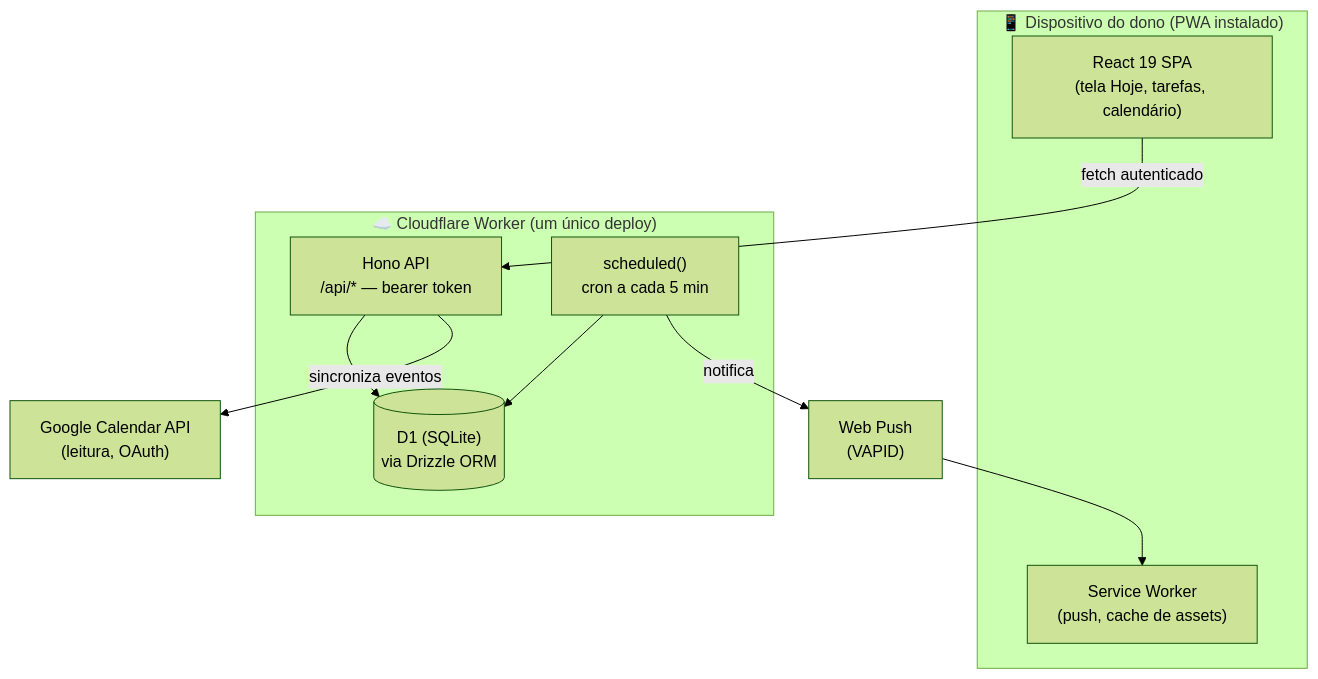
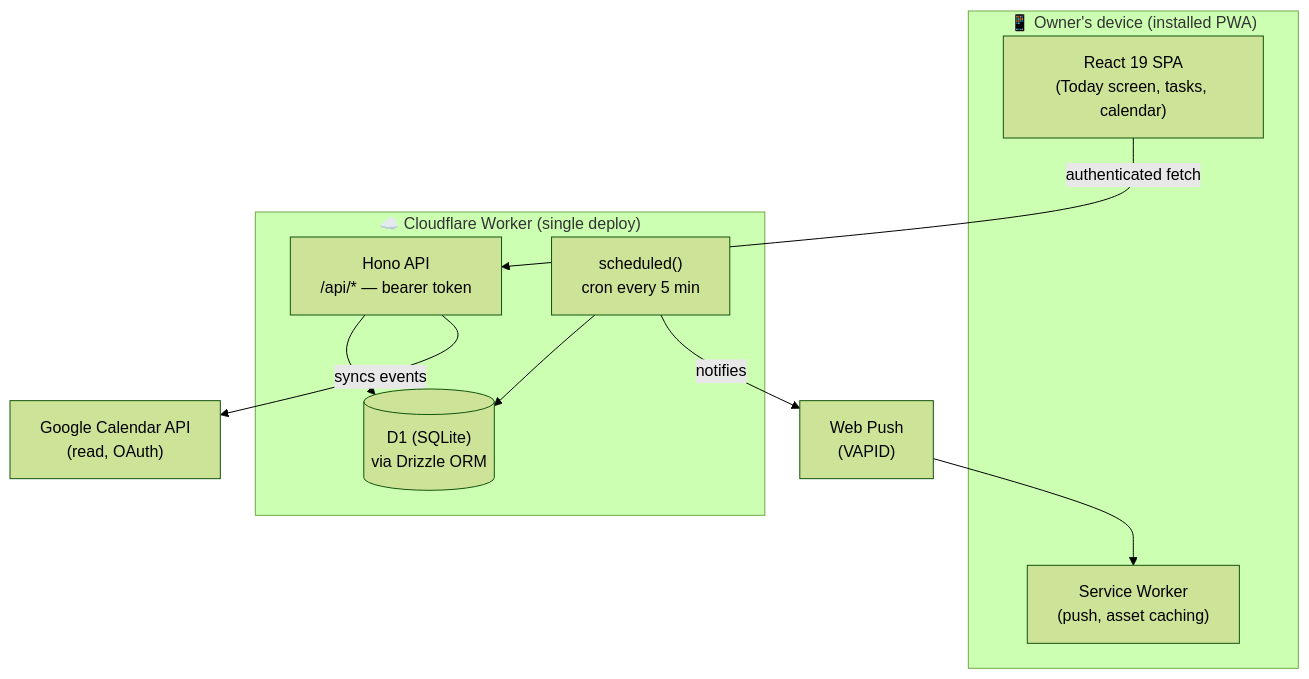
One commit to fabiombarreto/praesto-sum changed the diagram in README.md. Above: the diagram before and after it, drawn with Mermaid (forest theme). The commit also changed other lines of this file, not shown here.

````diff
--- a/README.md
+++ b/README.md
@@ -57,22 +57,22 @@
 ```mermaid
 flowchart TB
-    subgraph device["📱 Dispositivo do dono (PWA instalado)"]
-        UI["React 19 SPA<br/>(tela Hoje, tarefas, calendário)"]
-        SW["Service Worker<br/>(push, cache de assets)"]
+    subgraph device["📱 Owner's device (installed PWA)"]
+        UI["React 19 SPA<br/>(Today screen, tasks, calendar)"]
+        SW["Service Worker<br/>(push, asset caching)"]
     end
 
-    subgraph cf["☁️ Cloudflare Worker (um único deploy)"]
+    subgraph cf["☁️ Cloudflare Worker (single deploy)"]
         API["Hono API<br/>/api/* — bearer token"]
-        CRON["scheduled()<br/>cron a cada 5 min"]
+        CRON["scheduled()<br/>cron every 5 min"]
         D1[("D1 (SQLite)<br/>via Drizzle ORM")]
     end
 
-    GCAL["Google Calendar API<br/>(leitura, OAuth)"]
+    GCAL["Google Calendar API<br/>(read, OAuth)"]
     PUSH["Web Push<br/>(VAPID)"]
 
-    UI -- "fetch autenticado" --> API
+    UI -- "authenticated fetch" --> API
     API --> D1
     CRON --> D1
-    CRON -- "notifica" --> PUSH --> SW
-    API -- "sincroniza eventos" --> GCAL
+    CRON -- "notifies" --> PUSH --> SW
+    API -- "syncs events" --> GCAL
 ```
````
